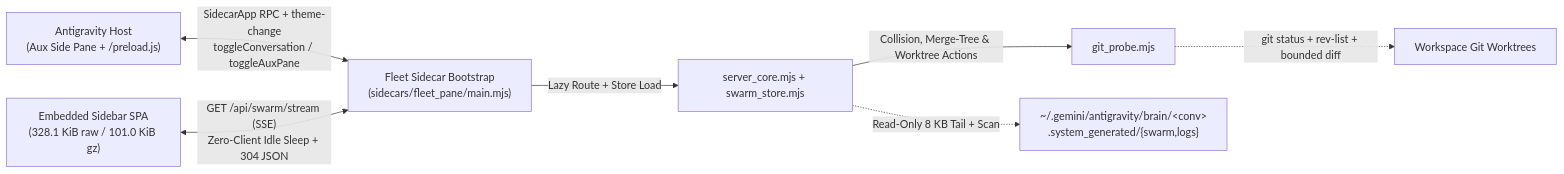
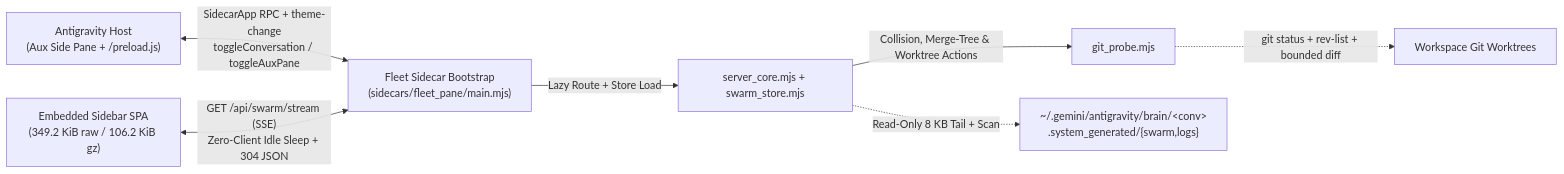
Before and after one commit to cayleb-james2008/dsh-fleet: the diagram in README.md, drawn with Mermaid. The commit also changed other lines of this file and 11 other files, not shown here.

````diff
--- a/README.md
+++ b/README.md
@@ -82,9 +91,9 @@
 ```mermaid
 flowchart LR
     Host["Antigravity Host<br/>(Aux Side Pane + /preload.js)"] <-->|"SidecarApp RPC + theme-change<br/>toggleConversation / toggleAuxPane"| Backend["Fleet Sidecar Bootstrap<br/>(sidecars/fleet_pane/main.mjs)"]
-    UI["Embedded Sidebar SPA<br/>(328.1 KiB raw / 101.0 KiB gz)"] <-->|"GET /api/swarm/stream (SSE)<br/>Zero-Client Idle Sleep + 304 JSON"| Backend
+    UI["Embedded Sidebar SPA<br/>(349.2 KiB raw / 106.2 KiB gz)"] <-->|"GET /api/swarm/stream (SSE)<br/>Zero-Client Idle Sleep + 304 JSON"| Backend
     Backend -->|"Lazy Route + Store Load"| Core["server_core.mjs + swarm_store.mjs"]
     Core -->|"Collision, Merge-Tree & Worktree Actions"| Git["git_probe.mjs"]
     Core -.->|"Read-Only 8 KB Tail + Scan"| Brain["~/.gemini/antigravity/brain/&lt;conv&gt;<br/>.system_generated/{swarm,logs}"]
     Git -.->|"git status + rev-list + bounded diff"| WT["Workspace Git Worktrees"]
 ```
````
